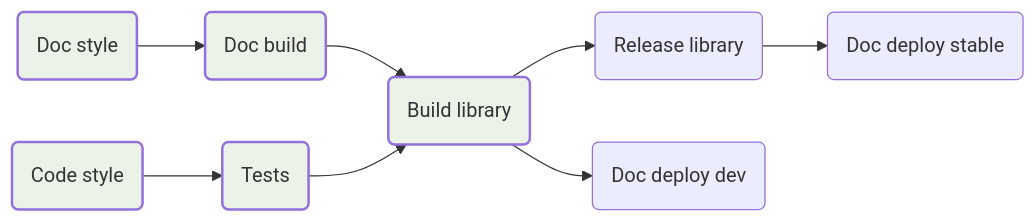
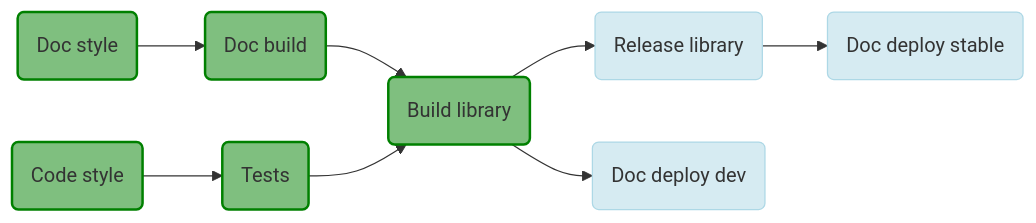
Before and after one commit to ansys/actions: the first of 3 diagrams in README.md, drawn with Mermaid. The commit also changed other lines of this file, not shown here.

Commit message:
fix: update colors in  diagrams

````diff
--- a/README.md
+++ b/README.md
@@ -33,10 +33,12 @@
 ```mermaid
 graph LR
     A(Doc style) --> B(Doc build)
     C(Code style) --> D(Tests)
     B & D --> E(Build library) --> F(Release library) & H(Doc deploy dev)
     F --> G(Doc deploy stable)
 
-    classDef green fill:#d7e8d3, fill-opacity:0.5, stroke-width:2
+    classDef green fill:green, fill-opacity:0.5, stroke:green, stroke-width:2
     class A,B,C,D,E green
+    classDef blue fill:lightblue, fill-opacity:0.5, stroke:lightblue
+    class F,H,G blue
 ```
````
